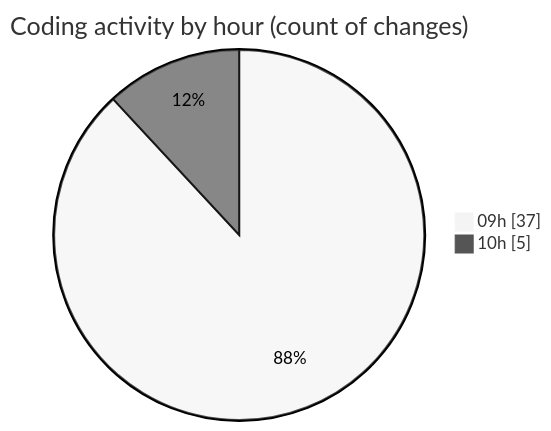
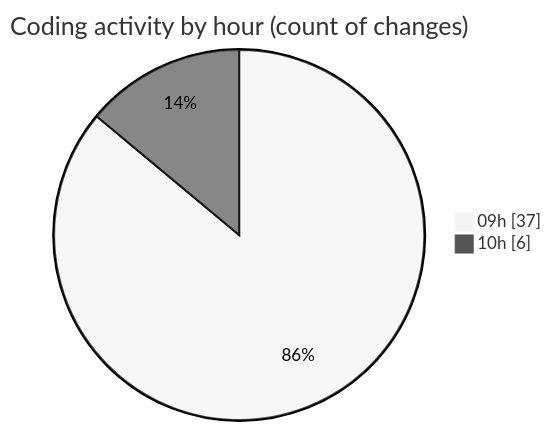
One commit to momahboobian/code-tracking changed the second of 2 diagrams in 2026-05-08/cda/README.md. Above: the diagram before and after it, drawn with Mermaid (neutral theme). The commit also changed other lines of this file and 1 other file, not shown here.

````diff
--- a/2026-05-08/cda/README.md
+++ b/2026-05-08/cda/README.md
@@ -48,6 +49,6 @@
 ```mermaid
 pie showData
 title Coding activity by hour (count of changes)
 "09h" : 37
-"10h" : 5
+"10h" : 6
 ```
````
